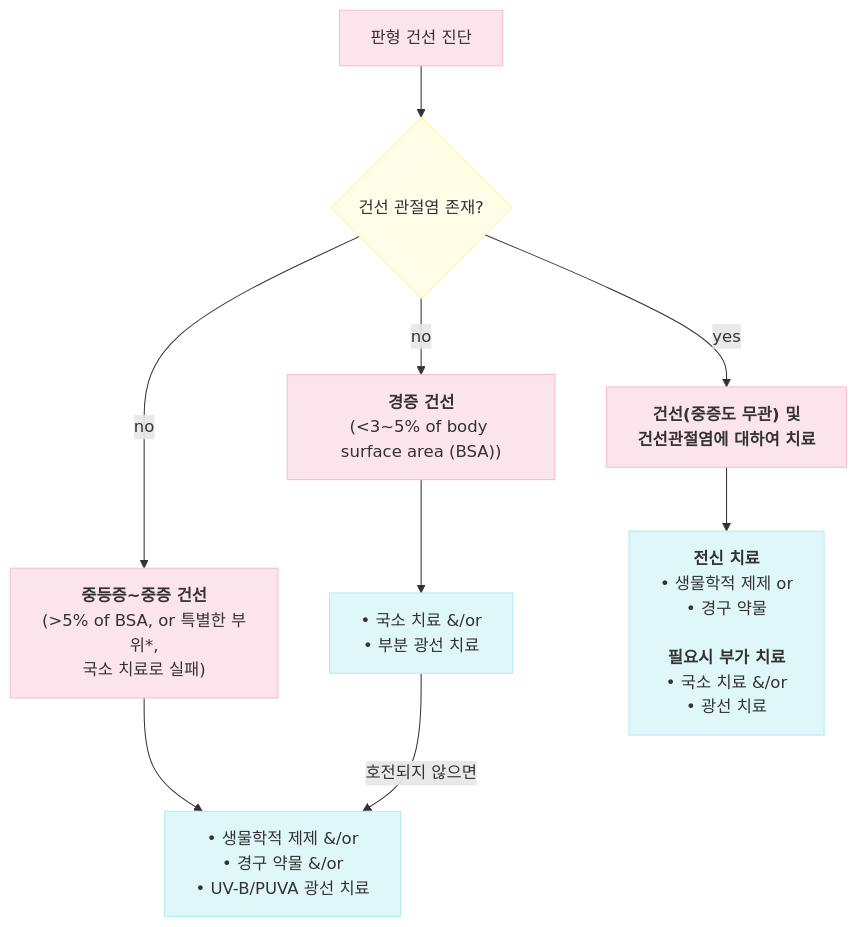
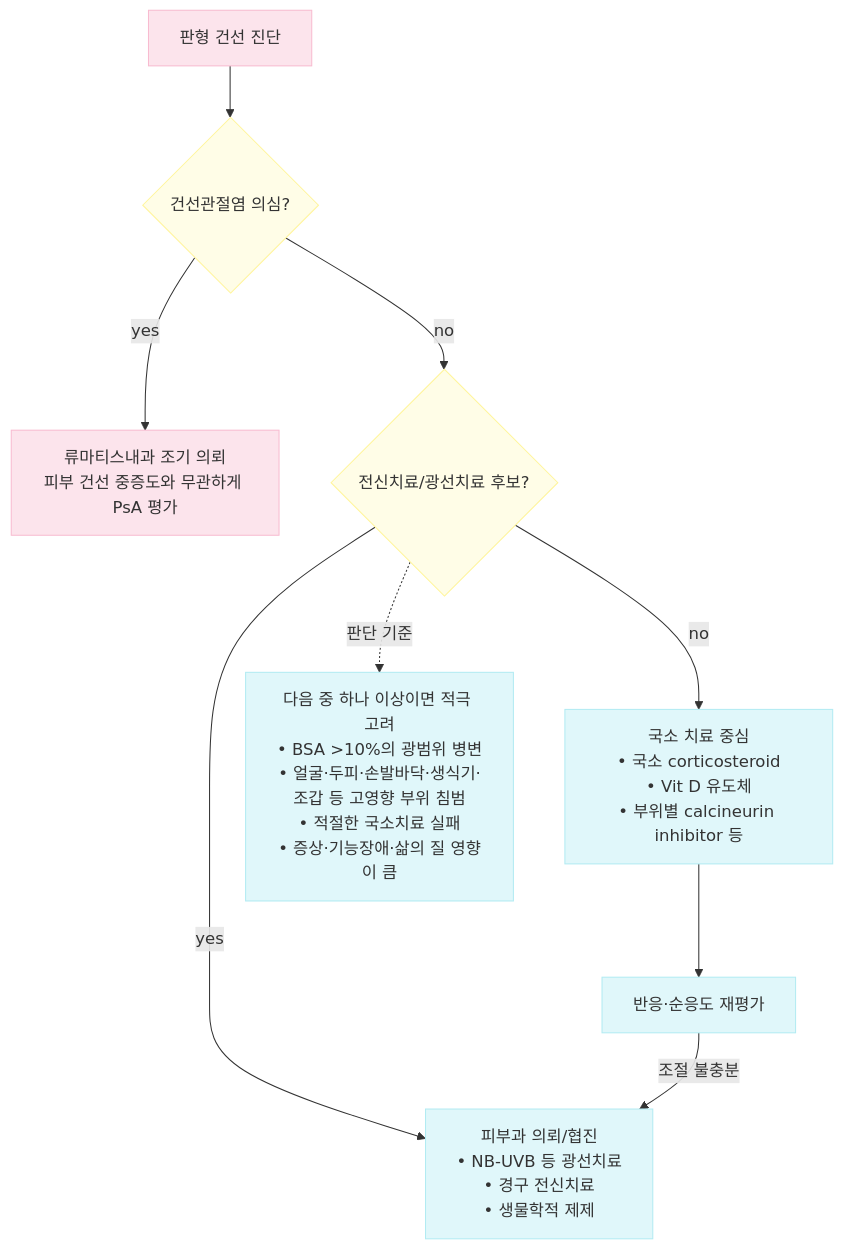
One commit to familyoh77/familyoh77 changed the diagram in 229_/163_-psoriasis.md. Above: the diagram before and after it, drawn with Mermaid. The commit also changed other lines of this file, not shown here.

````diff
--- a/229_/163_-psoriasis.md
+++ b/229_/163_-psoriasis.md
@@ -274,23 +141,23 @@
 ```mermaid
 graph TD
-    Start["판형 건선 진단"] --> Q1{"건선 관절염 존재?"}
+    Start["판형 건선 진단"] --> Q1{"건선관절염 의심?"}
 
-    Q1 -->|no| Mild["<b>경증 건선</b><br/>(&lt;3~5% of body surface area (BSA))"]
-    Q1 -->|no| ModSev["<b>중등증~중증 건선</b><br/>(&gt;5% of BSA, or 특별한 부위*,<br/>국소 치료로 실패)"]
-    Q1 -->|yes| PsA["<b>건선(중증도 무관) 및<br/>건선관절염에 대하여 치료</b>"]
+    Q1 -->|yes| PsA["류마티스내과 조기 의뢰<br/>피부 건선 중증도와 무관하게 PsA 평가"]
+    Q1 -->|no| Q2{"전신치료/광선치료 후보?"}
 
-    Mild --> MildTx["• 국소 치료 &/or<br/>• 부분 광선 치료"]
-    ModSev --> ModSevTx["• 생물학적 제제 &/or<br/>• 경구 약물 &/or<br/>• UV-B/PUVA 광선 치료"]
+    Q2 -->|no| Local["국소 치료 중심<br/>• 국소 corticosteroid<br/>• Vit D 유도체<br/>• 부위별 calcineurin inhibitor 등"]
+    Q2 -->|yes| Derm["피부과 의뢰/협진<br/>• NB-UVB 등 광선치료<br/>• 경구 전신치료<br/>• 생물학적 제제"]
 
-    MildTx -->|호전되지 않으면| ModSevTx
+    Q2 -. 판단 기준 .-> Criteria["다음 중 하나 이상이면 적극 고려<br/>• BSA >10%의 광범위 병변<br/>• 얼굴·두피·손발바닥·생식기·조갑 등 고영향 부위 침범<br/>• 적절한 국소치료 실패<br/>• 증상·기능장애·삶의 질 영향이 큼"]
 
-    PsA --> PsATx["<b>전신 치료</b><br/>• 생물학적 제제 or<br/>• 경구 약물<br/><br/><b>필요시 부가 치료</b><br/>• 국소 치료 &/or<br/>• 광선 치료"]
+    Local --> Reassess["반응·순응도 재평가"]
+    Reassess -->|조절 불충분| Derm
 
     classDef pinkNode fill:#fce4ec,stroke:#f8bbd0,stroke-width:1px
     classDef yellowNode fill:#fffde7,stroke:#fff59d,stroke-width:1px
     classDef blueNode fill:#e0f7fa,stroke:#b2ebf2,stroke-width:1px
 
-    class Start,Mild,ModSev,PsA pinkNode
-    class Q1 yellowNode
-    class MildTx,ModSevTx,PsATx blueNode
+    class Start,PsA pinkNode
+    class Q1,Q2 yellowNode
+    class Local,Derm,Criteria,Reassess blueNode
 ```
````
